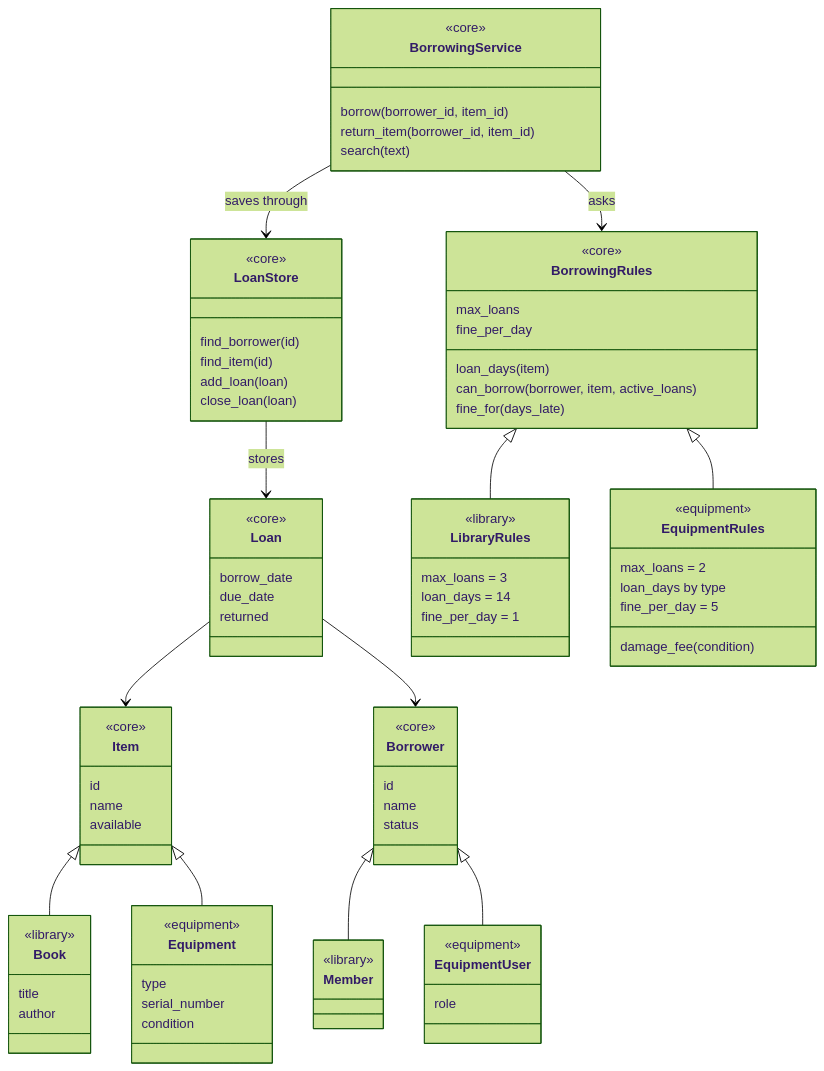
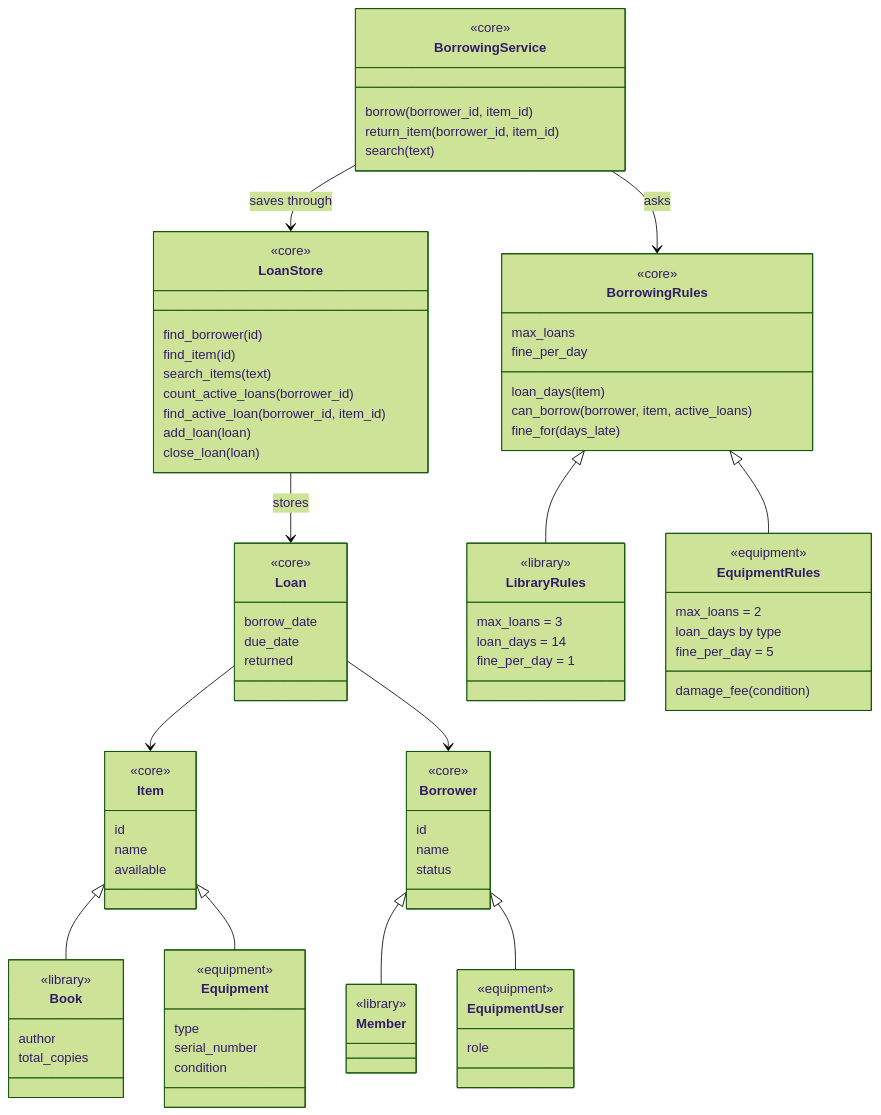
The diagram in docs/phase4/domain-architecture.md (KaramA199/maintenance-project), drawn with Mermaid (forest theme) before and after one commit. The commit also changed other lines of this file and 3 other files, not shown here.

Commit message:
Phase 4 review fixes: account for MR-01 copies, complete LoanStore, tighten wording

```diff
--- a/docs/phase4/domain-architecture.md
+++ b/docs/phase4/domain-architecture.md
@@ -42,6 +38,9 @@
         <<core>>
         find_borrower(id)
         find_item(id)
+        search_items(text)
+        count_active_loans(borrower_id)
+        find_active_loan(borrower_id, item_id)
         add_loan(loan)
         close_loan(loan)
     }
@@ -65,8 +64,8 @@
     }
     class Book {
         <<library>>
-        title
         author
+        total_copies
     }
     class Member {
         <<library>>
```
